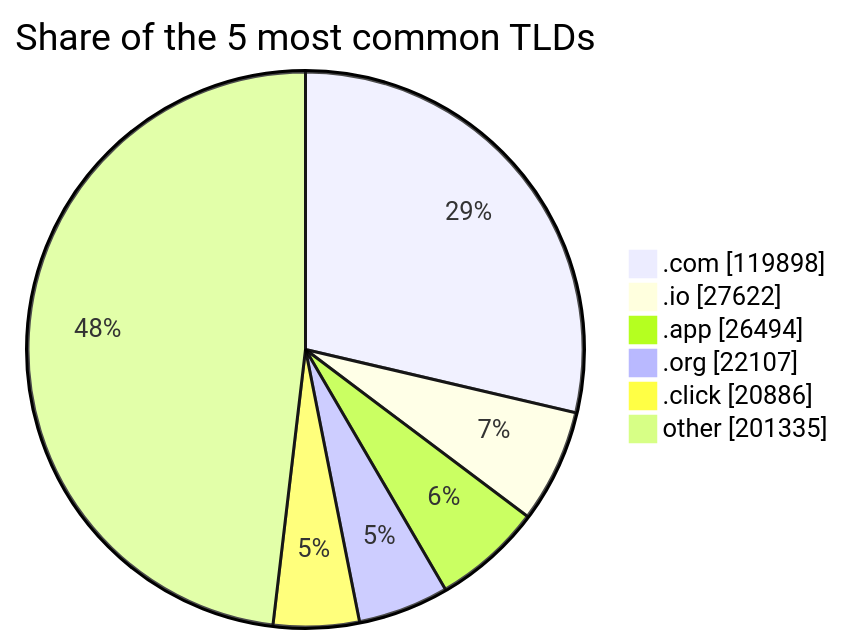
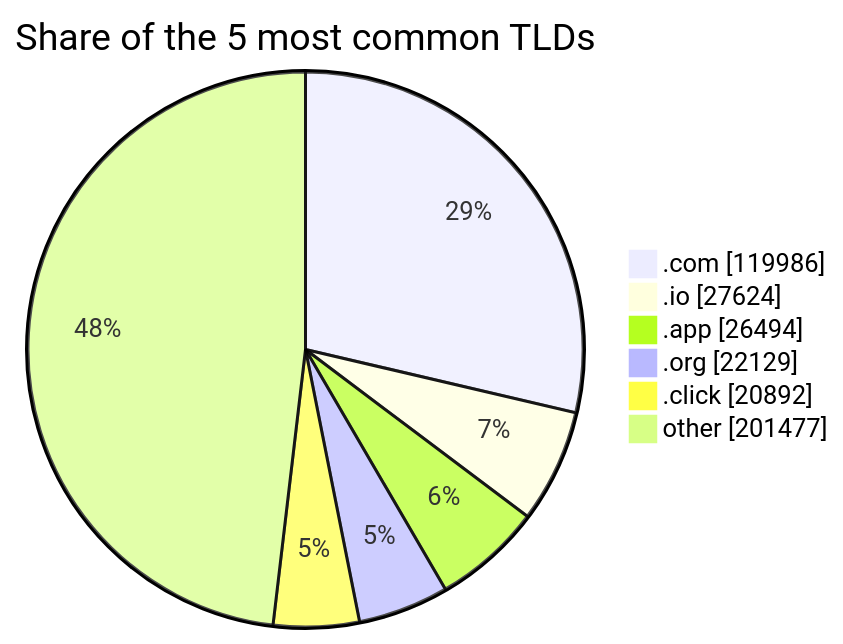
The third of 3 diagrams in README.md (DNSBunker/CTI), drawn with Mermaid before and after one commit. The commit also changed other lines of this file and 3 other files, not shown here.

````diff
--- a/README.md
+++ b/README.md
@@ -81,9 +81,9 @@
 ```mermaid
 pie showData title Share of the 5 most common TLDs
-    ".com" : 119898
-    ".io" : 27622
+    ".com" : 119986
+    ".io" : 27624
     ".app" : 26494
-    ".org" : 22107
-    ".click" : 20886
-    "other" : 201335
+    ".org" : 22129
+    ".click" : 20892
+    "other" : 201477
 ```
````
